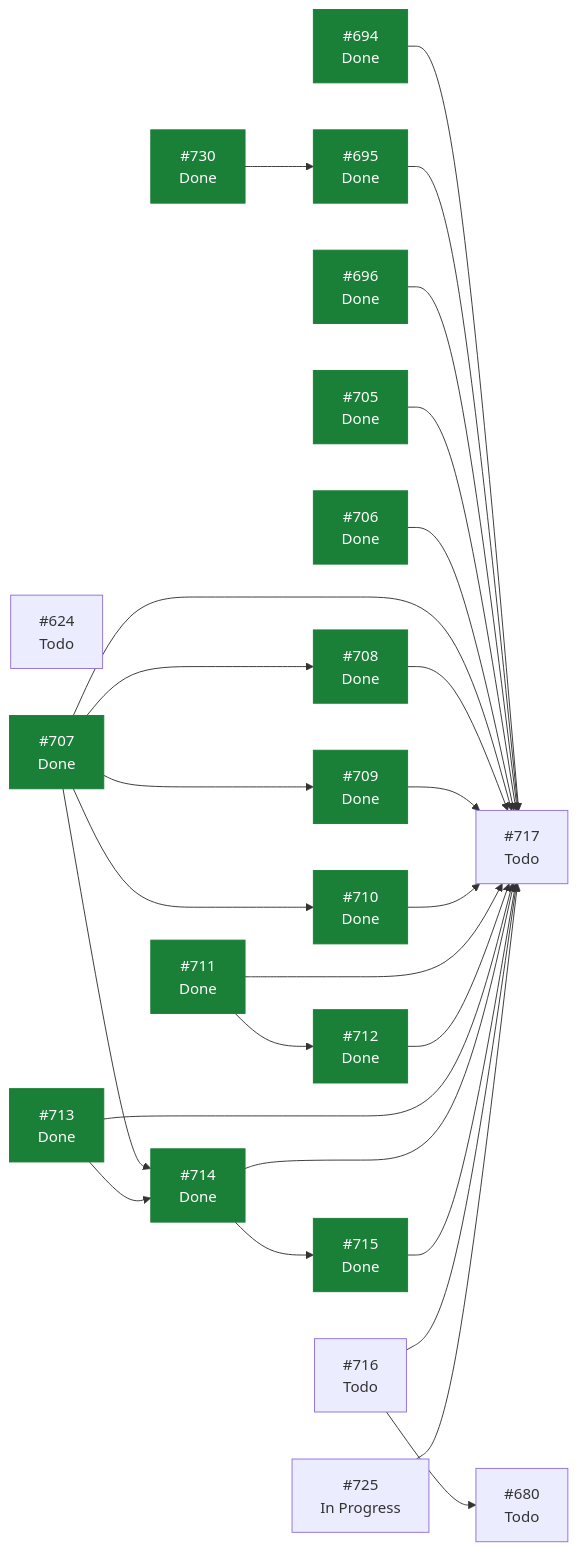
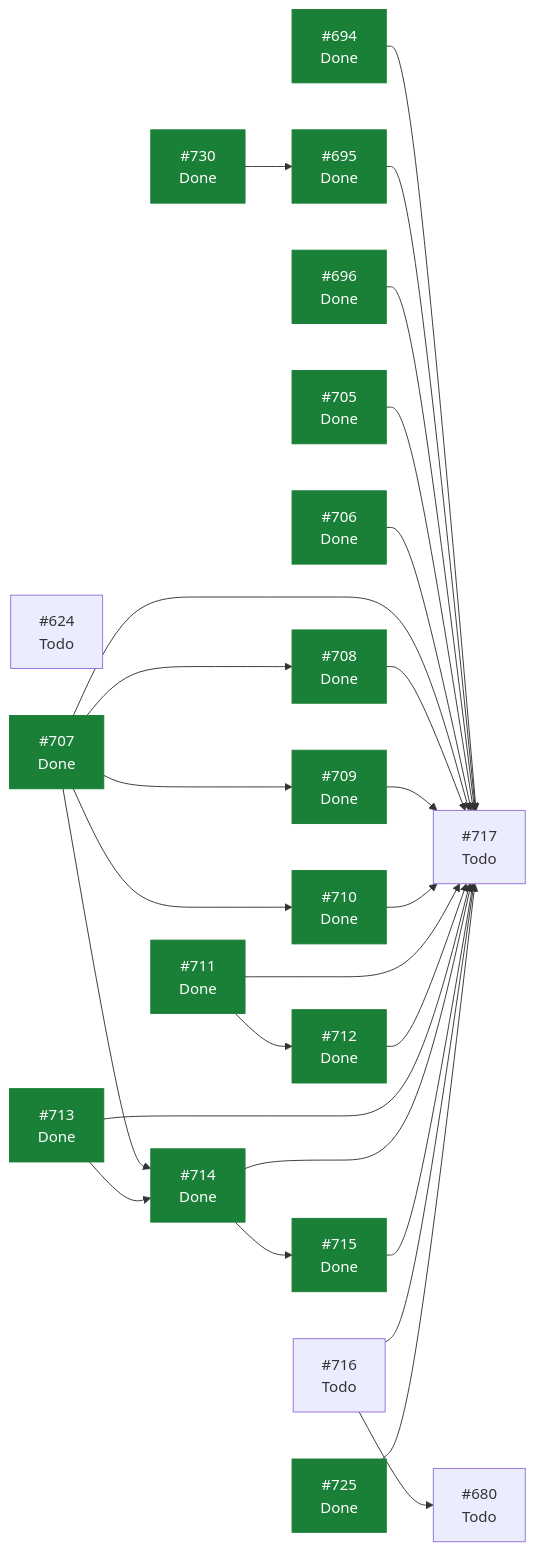
One commit to ecamp0s/evault changed the diagram in docs/planning/STATUS.md. Above: the diagram before and after it, drawn with Mermaid. The commit also changed other lines of this file, not shown here.

````diff
--- a/docs/planning/STATUS.md
+++ b/docs/planning/STATUS.md
@@ -107,50 +106,50 @@
 ```mermaid
 graph LR
   I624["#624<br/>Todo"]
   I680["#680<br/>Todo"]
   I694["#694<br/>Done"]
   I695["#695<br/>Done"]
   I696["#696<br/>Done"]
   I705["#705<br/>Done"]
   I706["#706<br/>Done"]
   I707["#707<br/>Done"]
   I708["#708<br/>Done"]
   I709["#709<br/>Done"]
   I710["#710<br/>Done"]
   I711["#711<br/>Done"]
   I712["#712<br/>Done"]
   I713["#713<br/>Done"]
   I714["#714<br/>Done"]
   I715["#715<br/>Done"]
   I716["#716<br/>Todo"]
   I717["#717<br/>Todo"]
-  I725["#725<br/>In Progress"]
+  I725["#725<br/>Done"]
   I730["#730<br/>Done"]
   I694 --> I717
   I695 --> I717
   I696 --> I717
   I705 --> I717
   I706 --> I717
   I707 --> I708
   I707 --> I709
   I707 --> I710
   I707 --> I714
   I707 --> I717
   I708 --> I717
   I709 --> I717
   I710 --> I717
   I711 --> I712
   I711 --> I717
   I712 --> I717
   I713 --> I714
   I713 --> I717
   I714 --> I715
   I714 --> I717
   I715 --> I717
   I716 --> I680
   I716 --> I717
   I725 --> I717
   I730 --> I695
   classDef hecho fill:#1a7f37,stroke:#1a7f37,color:#fff;
-  class I694,I695,I696,I705,I706,I707,I708,I709,I710,I711,I712,I713,I714,I715,I730 hecho;
+  class I694,I695,I696,I705,I706,I707,I708,I709,I710,I711,I712,I713,I714,I715,I725,I730 hecho;
 ```
````
